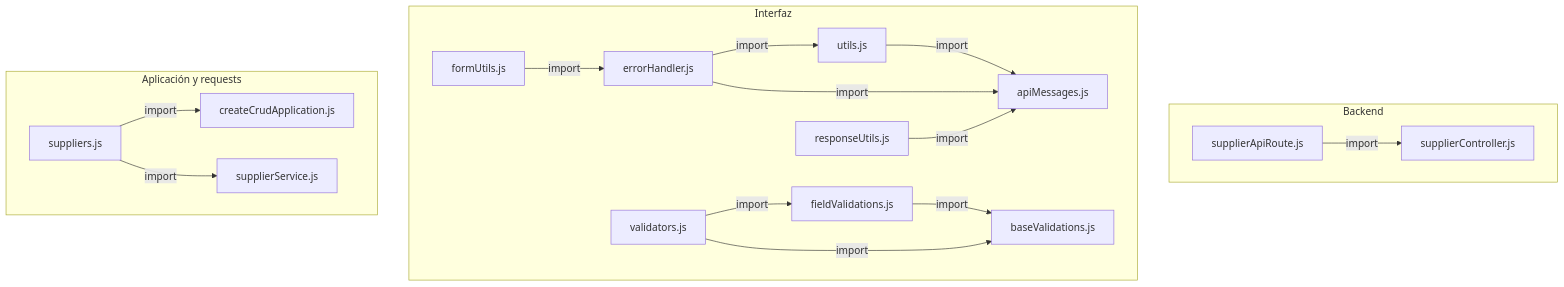
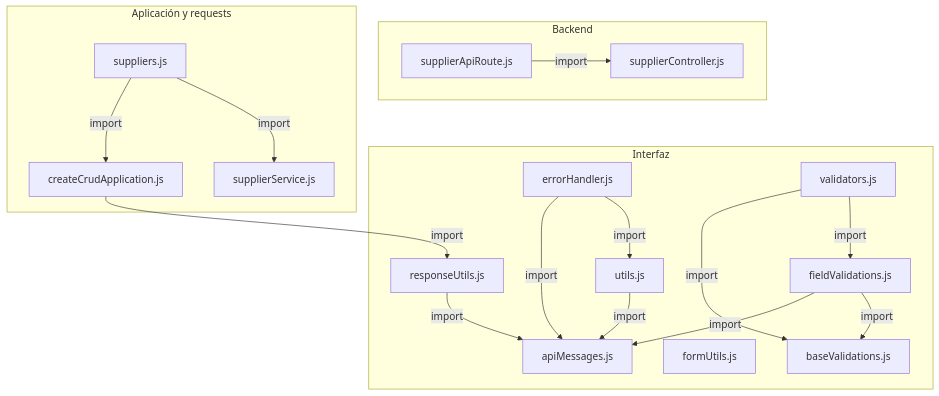
The first of 2 diagrams in docs/architecture/views/processes/frontend-code-sequences/catalogs/cu-cat-03.md (gpgsistemas01/nexus), drawn with Mermaid before and after one commit. The commit also changed 200 other files, not shown here.

````diff
--- a/docs/architecture/views/processes/frontend-code-sequences/catalogs/cu-cat-03.md
+++ b/docs/architecture/views/processes/frontend-code-sequences/catalogs/cu-cat-03.md
@@ -50,33 +50,34 @@
 ```mermaid
 flowchart TB
     subgraph Component0["Backend"]
         FileSupplierController["supplierController.js"]
         Transport["supplierApiRoute.js"]
     end
     subgraph Component1["Interfaz"]
         FileUtils["utils.js"]
         FileApiMessages["apiMessages.js"]
         FormUtils["formUtils.js"]
         FileErrorHandler["errorHandler.js"]
         FileResponseUtils["responseUtils.js"]
         FileBaseValidations["baseValidations.js"]
         FileFieldValidations["fieldValidations.js"]
         FileValidators["validators.js"]
     end
     subgraph Component2["Aplicación y requests"]
         Application["createCrudApplication.js"]
         FileSuppliers["suppliers.js"]
         Request["supplierService.js"]
     end
-    FileUtils -->|import| FileApiMessages
-    FileSuppliers -->|import| Request
-    FileSuppliers -->|import| Application
-    FormUtils -->|import| FileErrorHandler
+    Application -->|import| FileResponseUtils
     FileErrorHandler -->|import| FileApiMessages
     FileErrorHandler -->|import| FileUtils
+    FileFieldValidations -->|import| FileApiMessages
+    FileFieldValidations -->|import| FileBaseValidations
     FileResponseUtils -->|import| FileApiMessages
-    FileFieldValidations -->|import| FileBaseValidations
+    FileSuppliers -->|import| Application
+    FileSuppliers -->|import| Request
+    FileUtils -->|import| FileApiMessages
     FileValidators -->|import| FileBaseValidations
     FileValidators -->|import| FileFieldValidations
     Transport -->|import| FileSupplierController
 ```
````
